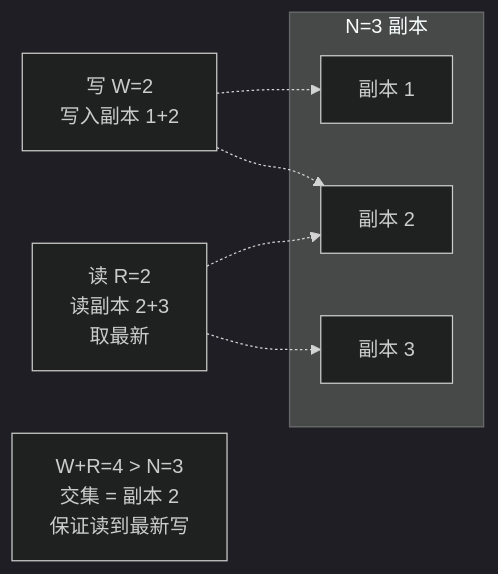
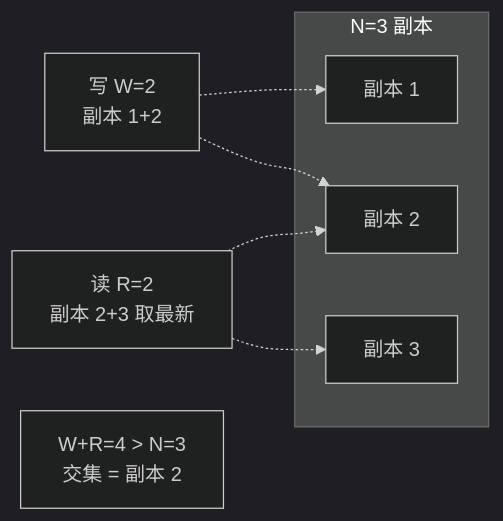
Before and after one commit to ml-cuizijun/LearnToLilith: the tenth of 11 diagrams in 02-中间件与数据库/06-分布式理论与一致性/知识点.md, drawn with Mermaid (dark theme). The commit also changed other lines of this file and 178 other files, not shown here.

````diff
--- a/02-中间件与数据库/06-分布式理论与一致性/知识点.md
+++ b/02-中间件与数据库/06-分布式理论与一致性/知识点.md
@@ -415,13 +436,13 @@
 ```mermaid
 flowchart LR
     subgraph N3["N=3 副本"]
         R1["副本 1"]
         R2["副本 2"]
         R3["副本 3"]
     end
-    W["写 W=2<br/>写入副本 1+2"] -.-> R1
+    W["写 W=2<br/>副本 1+2"] -.-> R1
     W -.-> R2
-    R["读 R=2<br/>读副本 2+3<br/>取最新"] -.-> R2
+    R["读 R=2<br/>副本 2+3 取最新"] -.-> R2
     R -.-> R3
-    Note["W+R=4 > N=3<br/>交集 = 副本 2<br/>保证读到最新写"]
+    Note["W+R=4 > N=3<br/>交集 = 副本 2"]
 ```
````
